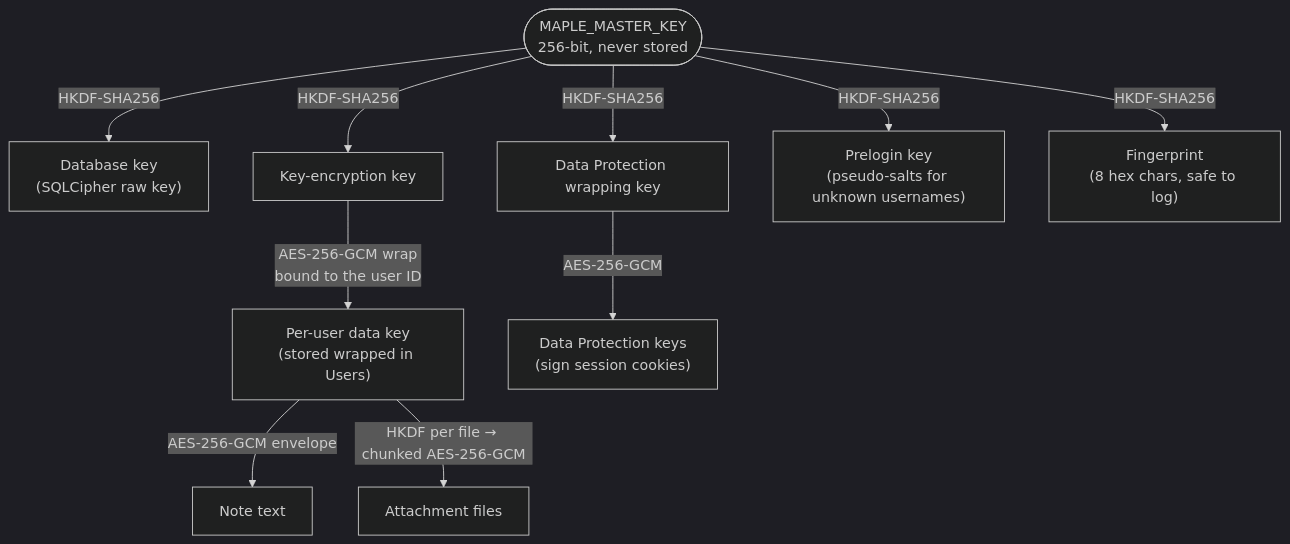
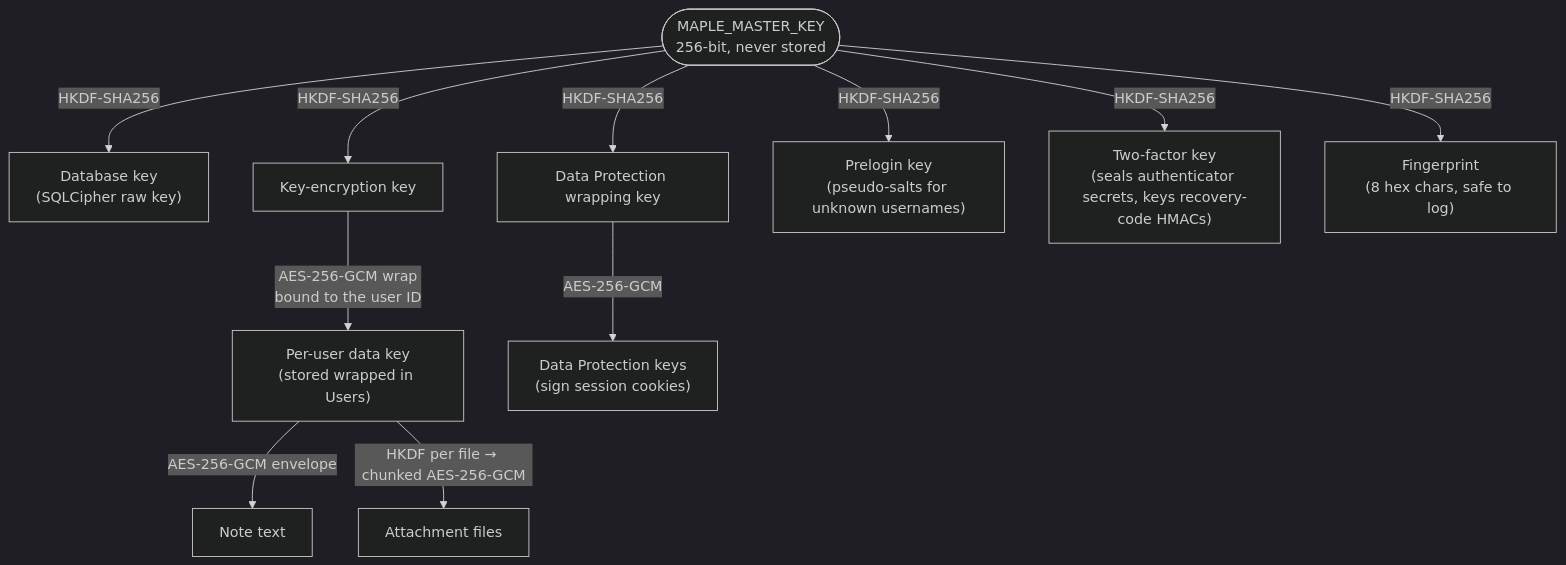
Before and after one commit to supunsarachitha/MapleNotes: the second of 3 diagrams in docs/architecture.md, drawn with Mermaid (dark theme). The commit also changed 25 other files, not shown here.

````diff
--- a/docs/architecture.md
+++ b/docs/architecture.md
@@ -127,12 +127,13 @@
 ```mermaid
 flowchart TD
     mk(["MAPLE_MASTER_KEY<br/>256-bit, never stored"]) -- HKDF-SHA256 --> dbk["Database key<br/>(SQLCipher raw key)"]
     mk -- HKDF-SHA256 --> kek["Key-encryption key"]
     mk -- HKDF-SHA256 --> dpk["Data Protection wrapping key"]
     mk -- HKDF-SHA256 --> pk["Prelogin key<br/>(pseudo-salts for unknown usernames)"]
+    mk -- HKDF-SHA256 --> tfk["Two-factor key<br/>(seals authenticator secrets, keys recovery-code HMACs)"]
     mk -- HKDF-SHA256 --> fp["Fingerprint<br/>(8 hex chars, safe to log)"]
     kek -- "AES-256-GCM wrap<br/>bound to the user ID" --> dek["Per-user data key<br/>(stored wrapped in Users)"]
     dek -- "AES-256-GCM envelope" --> notes["Note text"]
     dek -- "HKDF per file → chunked AES-256-GCM" --> att["Attachment files"]
     dpk -- "AES-256-GCM" --> ring["Data Protection keys<br/>(sign session cookies)"]
 ```
````
